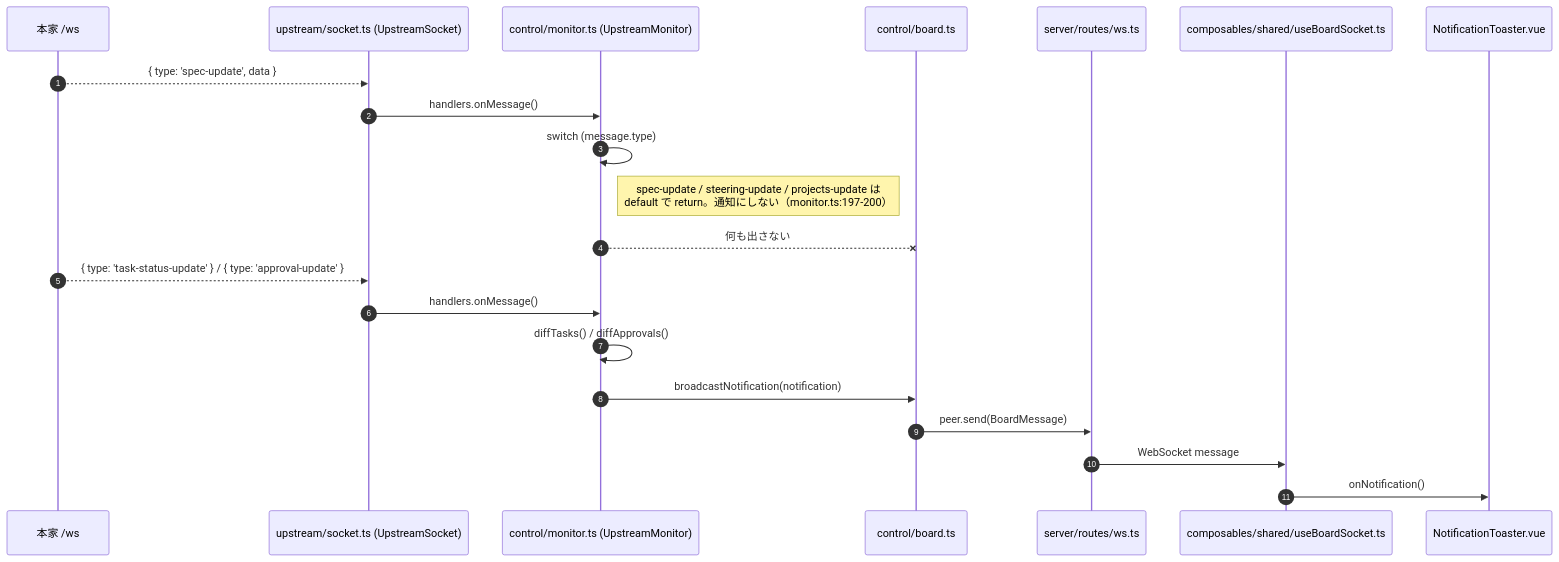
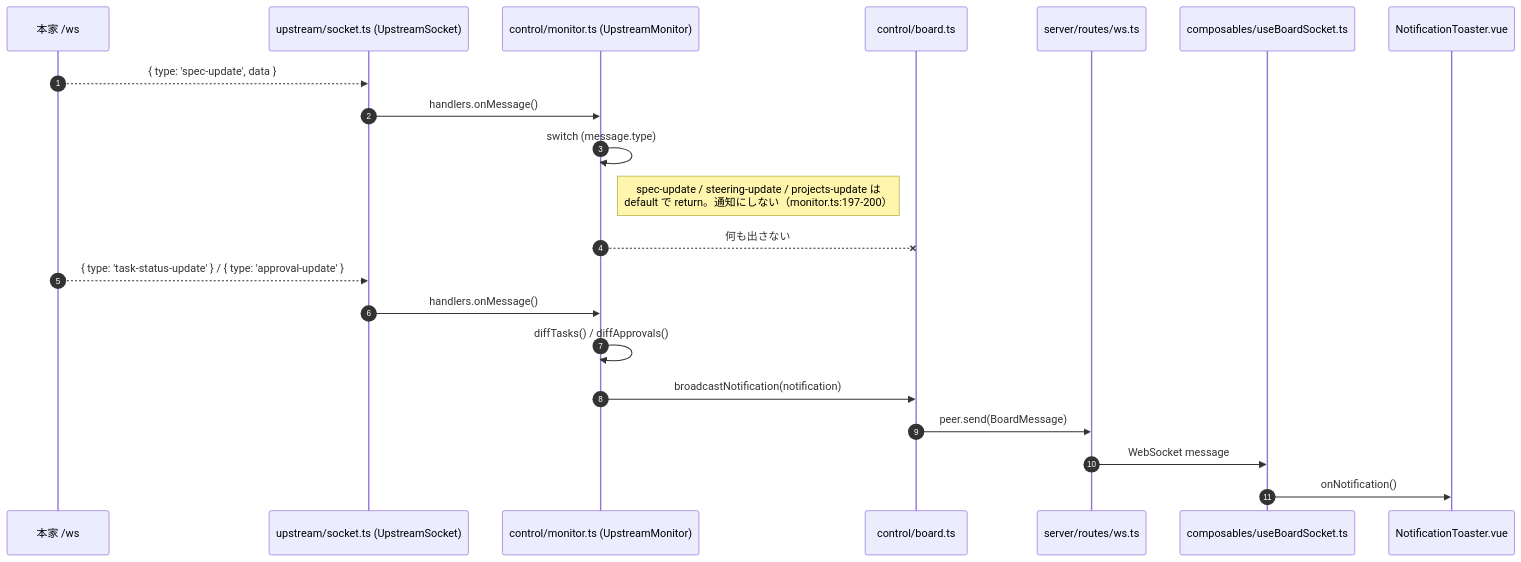
One commit to grrowapp/stroke changed the fourth of 4 diagrams in docs/specs/architecture/spec-screen-flow.md. Above: the diagram before and after it, drawn with Mermaid. The commit also changed other lines of this file and 30 other files, not shown here.

````diff
--- a/docs/specs/architecture/spec-screen-flow.md
+++ b/docs/specs/architecture/spec-screen-flow.md
@@ -176,25 +176,25 @@
 ```mermaid
 sequenceDiagram
     autonumber
     participant U as 本家 /ws
     participant S as upstream/socket.ts (UpstreamSocket)
     participant M as control/monitor.ts (UpstreamMonitor)
     participant B as control/board.ts
     participant BW as server/routes/ws.ts
-    participant CS as composables/shared/useBoardSocket.ts
+    participant CS as composables/useBoardSocket.ts
     participant T as NotificationToaster.vue
 
     U-->>S: { type: 'spec-update', data }
     S->>M: handlers.onMessage()
     M->>M: switch (message.type)
     Note right of M: spec-update / steering-update / projects-update は<br/>default で return。通知にしない（monitor.ts:197-200）
     M--xB: 何も出さない
 
     U-->>S: { type: 'task-status-update' } / { type: 'approval-update' }
     S->>M: handlers.onMessage()
     M->>M: diffTasks() / diffApprovals()
     M->>B: broadcastNotification(notification)
     B->>BW: peer.send(BoardMessage)
     BW->>CS: WebSocket message
     CS->>T: onNotification()
 ```
````
